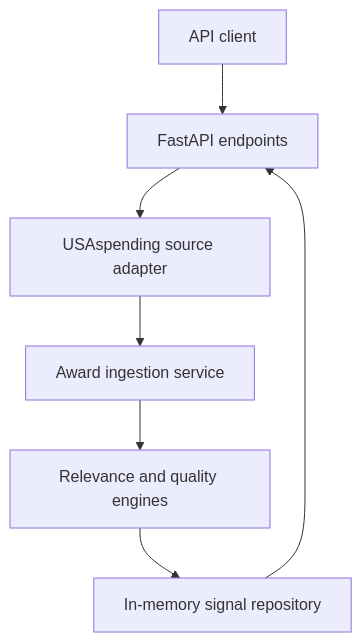
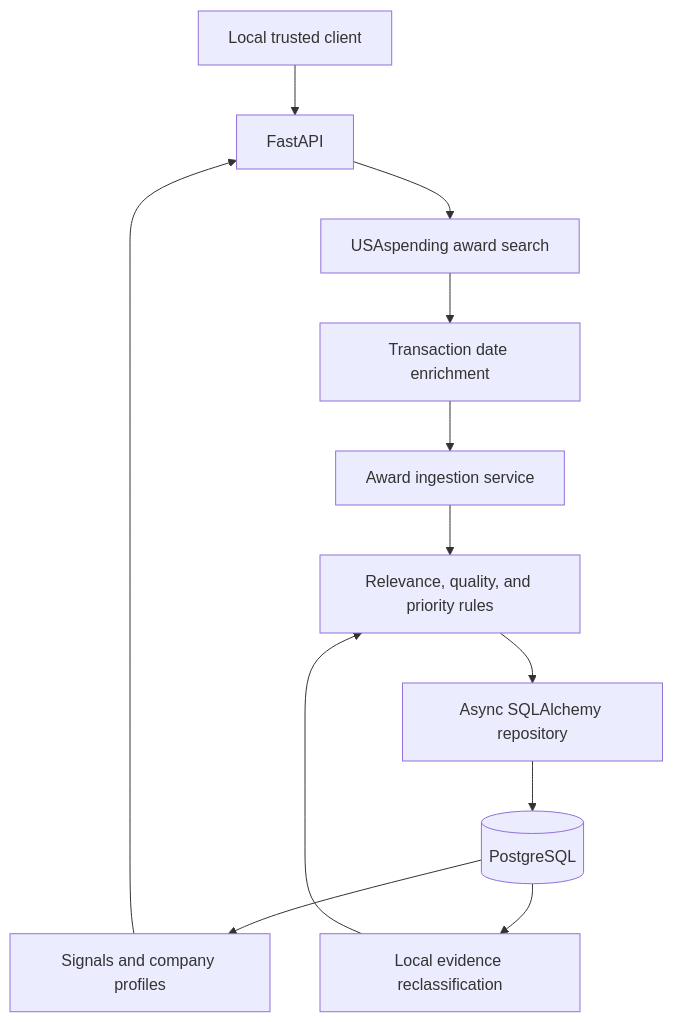
Before and after one commit to J-Varela/orbital-signal: the diagram in docs/architecture.md, drawn with Mermaid. The commit also changed other lines of this file and 23 other files, not shown here.

Commit message:
fix: harden award identity and signal reclassification

````diff
--- a/docs/architecture.md
+++ b/docs/architecture.md
@@ -14,9 +8,14 @@
 ```mermaid
 flowchart TD
-    A["API client"] --> B["FastAPI endpoints"]
-    B --> C["USAspending source adapter"]
-    C --> D["Award ingestion service"]
-    D --> E["Relevance and quality engines"]
-    E --> F["In-memory signal repository"]
-    F --> B
+    A[Local trusted client] --> B[FastAPI]
+    B --> C[USAspending award search]
+    C --> D[Transaction date enrichment]
+    D --> E[Award ingestion service]
+    E --> F[Relevance, quality, and priority rules]
+    F --> G[Async SQLAlchemy repository]
+    G --> H[(PostgreSQL)]
+    H --> I[Signals and company profiles]
+    I --> B
+    H --> J[Local evidence reclassification]
+    J --> F
 ```
````
